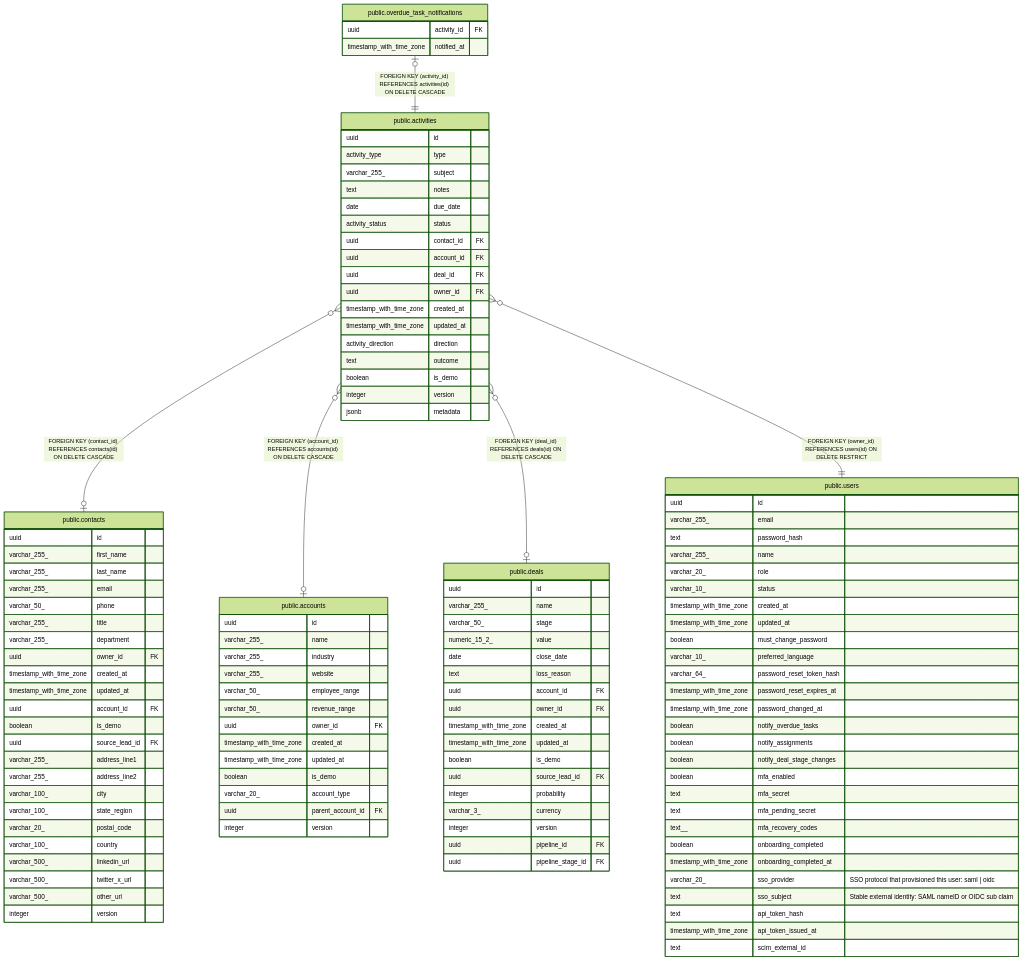
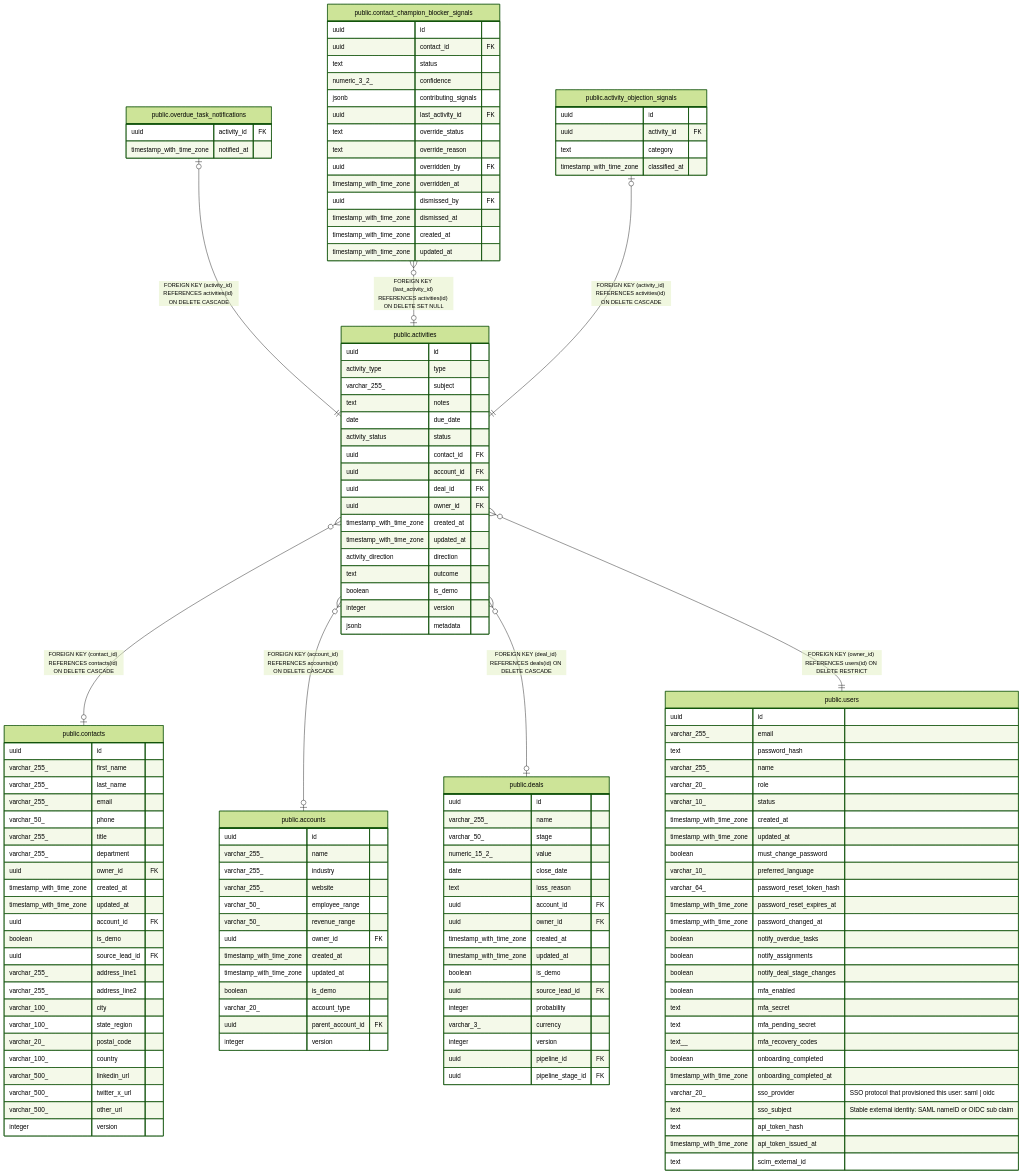
The diagram in docs/schema/public.activities.md (rkseattle/minicrm), drawn with Mermaid (forest theme) before and after one commit. The commit also changed other lines of this file and 22 other files, not shown here.

```diff
--- a/docs/schema/public.activities.md
+++ b/docs/schema/public.activities.md
@@ -56,6 +56,8 @@
 erDiagram
 
 "public.overdue_task_notifications" |o--|| "public.activities" : "FOREIGN KEY (activity_id) REFERENCES activities(id) ON DELETE CASCADE"
+"public.contact_champion_blocker_signals" }o--o| "public.activities" : "FOREIGN KEY (last_activity_id) REFERENCES activities(id) ON DELETE SET NULL"
+"public.activity_objection_signals" |o--|| "public.activities" : "FOREIGN KEY (activity_id) REFERENCES activities(id) ON DELETE CASCADE"
 "public.activities" }o--o| "public.contacts" : "FOREIGN KEY (contact_id) REFERENCES contacts(id) ON DELETE CASCADE"
 "public.activities" }o--o| "public.accounts" : "FOREIGN KEY (account_id) REFERENCES accounts(id) ON DELETE CASCADE"
 "public.activities" }o--o| "public.deals" : "FOREIGN KEY (deal_id) REFERENCES deals(id) ON DELETE CASCADE"
@@ -83,6 +85,28 @@
 "public.overdue_task_notifications" {
   uuid activity_id FK ""
   timestamp_with_time_zone notified_at ""
+}
+"public.contact_champion_blocker_signals" {
+  uuid id ""
+  uuid contact_id FK ""
+  text status ""
+  numeric_3_2_ confidence ""
+  jsonb contributing_signals ""
+  uuid last_activity_id FK ""
+  text override_status ""
+  text override_reason ""
+  uuid overridden_by FK ""
+  timestamp_with_time_zone overridden_at ""
+  uuid dismissed_by FK ""
+  timestamp_with_time_zone dismissed_at ""
+  timestamp_with_time_zone created_at ""
+  timestamp_with_time_zone updated_at ""
+}
+"public.activity_objection_signals" {
+  uuid id ""
+  uuid activity_id FK ""
+  text category ""
+  timestamp_with_time_zone classified_at ""
 }
 "public.contacts" {
   uuid id ""
```
